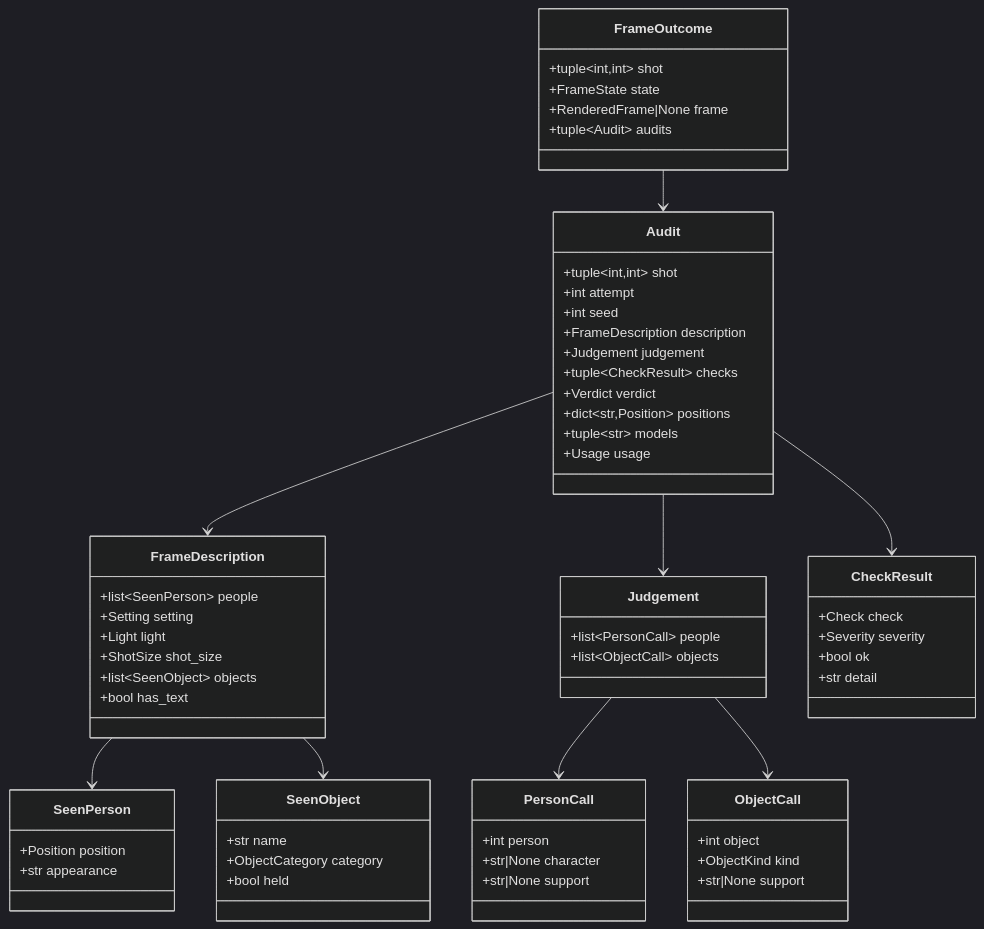
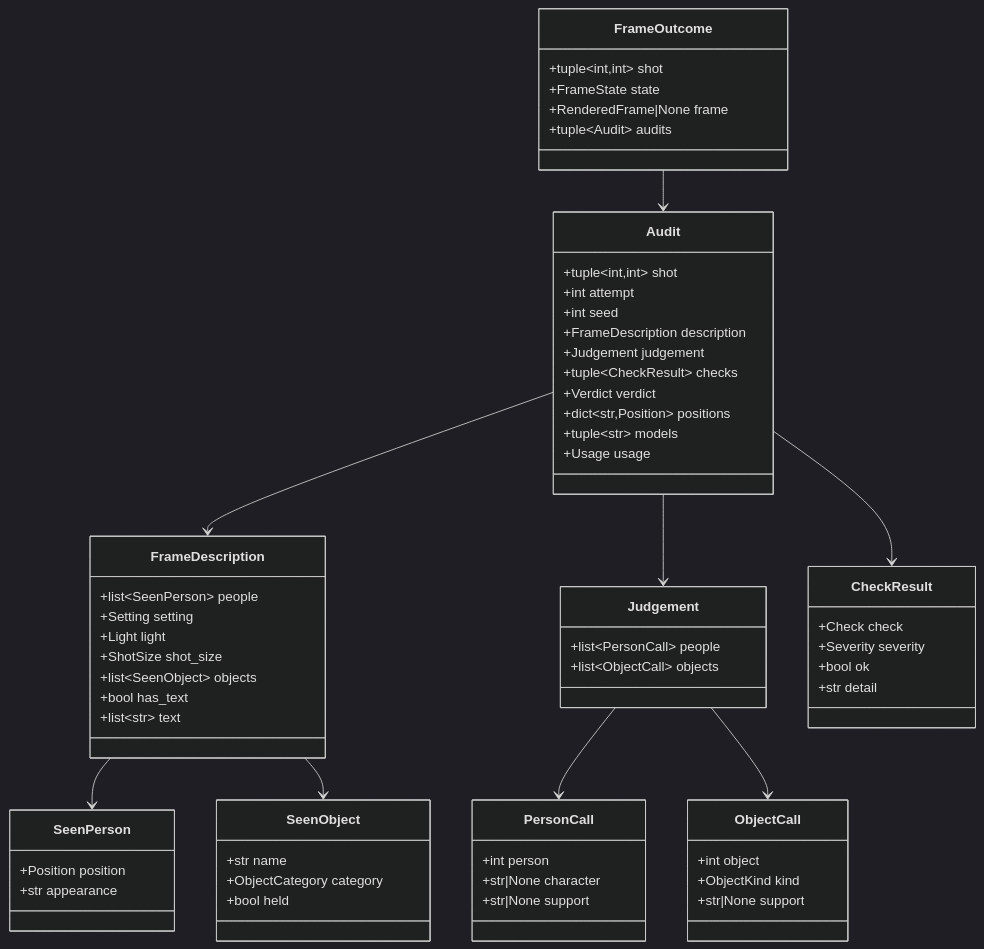
The first of 3 diagrams in docs/design/verify.md (Katlego-tech/Panelwise), drawn with Mermaid (dark theme) before and after one commit. The commit also changed other lines of this file and 3 other files, not shown here.

````diff
--- a/docs/design/verify.md
+++ b/docs/design/verify.md
@@ -30,66 +30,67 @@
 ```mermaid
 classDiagram
     class FrameDescription {
         +list~SeenPerson~ people
         +Setting setting
         +Light light
         +ShotSize shot_size
         +list~SeenObject~ objects
         +bool has_text
+        +list~str~ text
     }
     class SeenObject {
         +str name
         +ObjectCategory category
         +bool held
     }
     class SeenPerson {
         +Position position
         +str appearance
     }
     class Judgement {
         +list~PersonCall~ people
         +list~ObjectCall~ objects
     }
     class PersonCall {
         +int person
         +str|None character
         +str|None support
     }
     class ObjectCall {
         +int object
         +ObjectKind kind
         +str|None support
     }
     class CheckResult {
         +Check check
         +Severity severity
         +bool ok
         +str detail
     }
     class Audit {
         +tuple~int,int~ shot
         +int attempt
         +int seed
         +FrameDescription description
         +Judgement judgement
         +tuple~CheckResult~ checks
         +Verdict verdict
         +dict~str,Position~ positions
         +tuple~str~ models
         +Usage usage
     }
     class FrameOutcome {
         +tuple~int,int~ shot
         +FrameState state
         +RenderedFrame|None frame
         +tuple~Audit~ audits
     }
     FrameDescription --> SeenPerson
     FrameDescription --> SeenObject
     Judgement --> PersonCall
     Judgement --> ObjectCall
     Audit --> FrameDescription
     Audit --> Judgement
     Audit --> CheckResult
     FrameOutcome --> Audit
 ```
````
